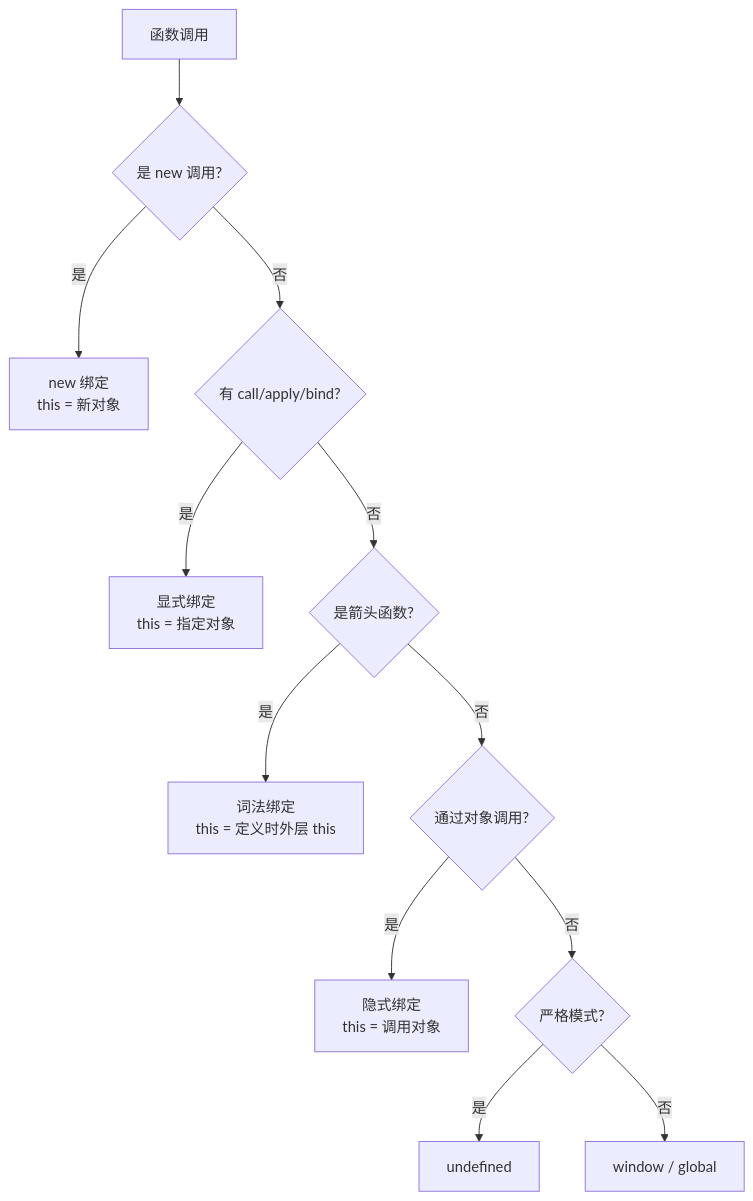
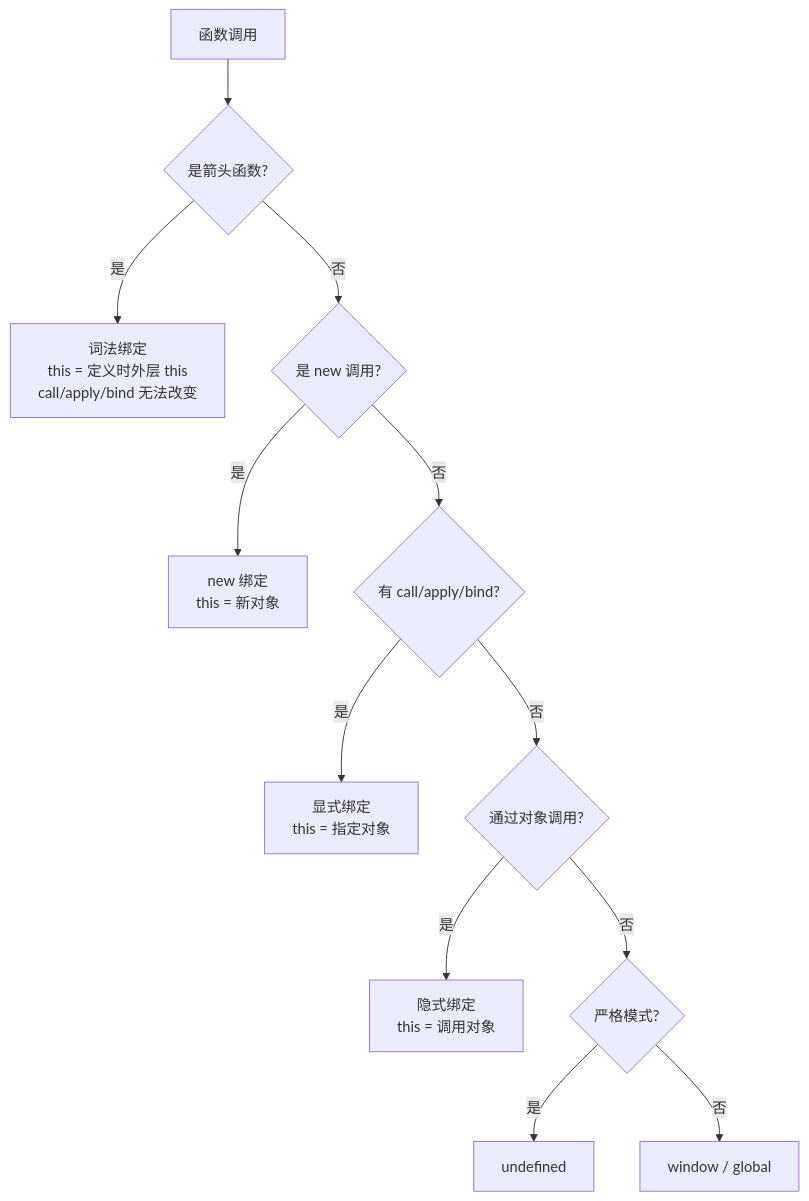
The diagram in docs/JavaScript/this.md (zjh42139/interview-notes), drawn with Mermaid before and after one commit. The commit also changed other lines of this file and 118 other files, not shown here.

````diff
--- a/docs/JavaScript/this.md
+++ b/docs/JavaScript/this.md
@@ -277,14 +278,14 @@
 ```mermaid
 graph TD
-    A[函数调用] --> B{是 new 调用?}
+    A[函数调用] --> P{是箭头函数?}
+    P -->|是| L[词法绑定<br/>this = 定义时外层 this<br/>call/apply/bind 无法改变]
+    P -->|否| B{是 new 调用?}
     B -->|是| N[new 绑定<br/>this = 新对象]
     B -->|否| C{有 call/apply/bind?}
     C -->|是| E[显式绑定<br/>this = 指定对象]
-    C -->|否| D{是箭头函数?}
-    D -->|是| L[词法绑定<br/>this = 定义时外层 this]
-    D -->|否| F{通过对象调用?}
+    C -->|否| F{通过对象调用?}
     F -->|是| G[隐式绑定<br/>this = 调用对象]
     F -->|否| H{严格模式?}
     H -->|是| U[undefined]
     H -->|否| W[window / global]
 ```
````
